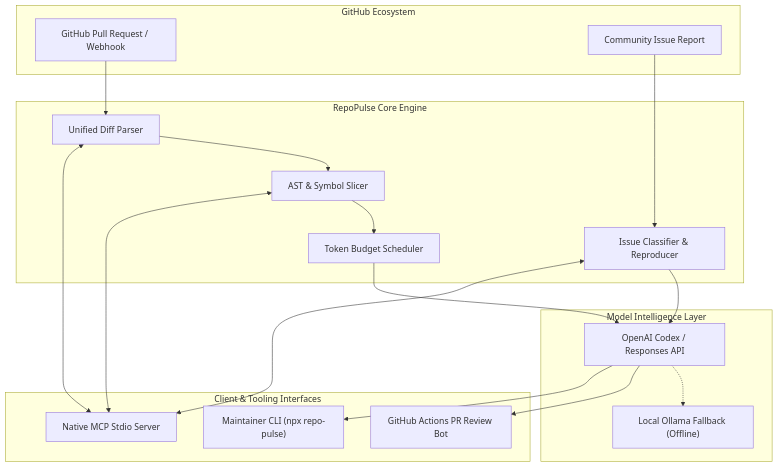
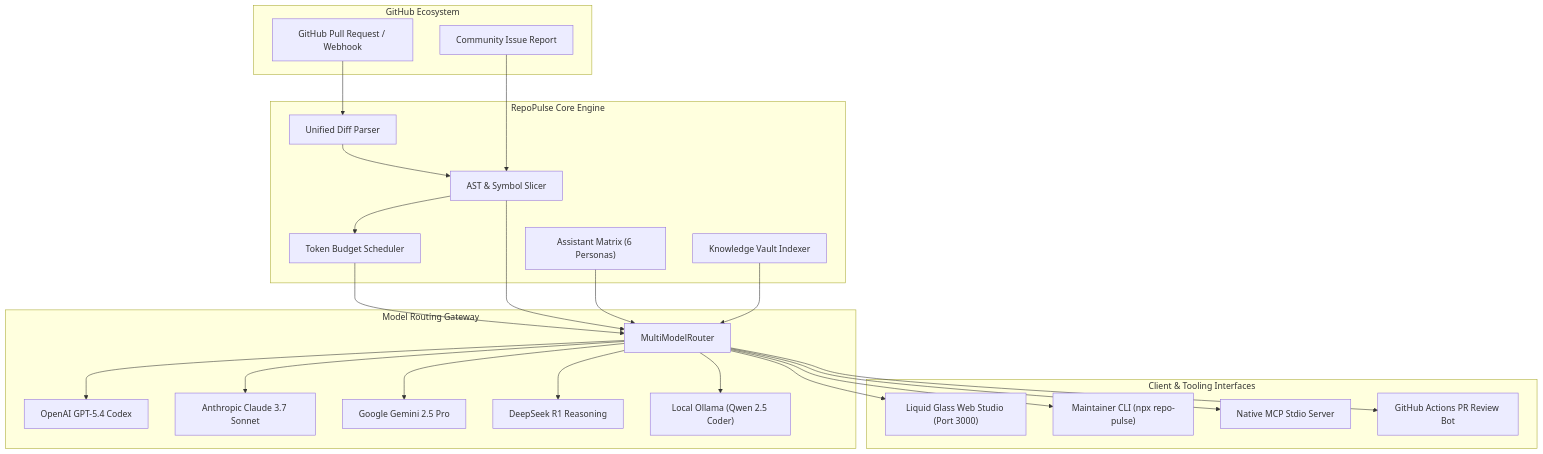
One commit to miriyaladhanwinn/repo-pulse-ai changed the second of 2 diagrams in README.md. Above: the diagram before and after it, drawn with Mermaid. The commit also changed other lines of this file and 11 other files, not shown here.

Commit message:
feat(studio): upgrade to Titan 2.0 with multi-model router, assistant matrix, and knowledge vault

````diff
--- a/README.md
+++ b/README.md
@@ -50,32 +87,38 @@
 ```mermaid
 flowchart TD
     subgraph GitHub Ecosystem
         PR["GitHub Pull Request / Webhook"]
         ISSUE["Community Issue Report"]
     end
 
     subgraph RepoPulse Core Engine
         DIFF["Unified Diff Parser"]
         AST["AST & Symbol Slicer"]
         BUDGET["Token Budget Scheduler"]
-        TRIAGE["Issue Classifier & Reproducer"]
+        MATRIX["Assistant Matrix (6 Personas)"]
+        VAULT["Knowledge Vault Indexer"]
     end
 
-    subgraph Model Intelligence Layer
-        CODEX["OpenAI Codex / Responses API"]
-        OLLAMA["Local Ollama Fallback (Offline)"]
+    subgraph Model Routing Gateway
+        ROUTER["MultiModelRouter"]
+        CODEX["OpenAI GPT-5.4 Codex"]
+        CLAUDE["Anthropic Claude 3.7 Sonnet"]
+        GEMINI["Google Gemini 2.5 Pro"]
+        DEEPSEEK["DeepSeek R1 Reasoning"]
+        OLLAMA["Local Ollama (Qwen 2.5 Coder)"]
     end
 
     subgraph Client & Tooling Interfaces
+        STUDIO["Liquid Glass Web Studio (Port 3000)"]
         CLI["Maintainer CLI (npx repo-pulse)"]
         MCP["Native MCP Stdio Server"]
         ACTION["GitHub Actions PR Review Bot"]
     end
 
-    PR --> DIFF --> AST --> BUDGET --> CODEX
-    ISSUE --> TRIAGE --> CODEX
-    CODEX -.-> OLLAMA
-    CODEX --> ACTION
-    CODEX --> CLI
-    AST & DIFF & TRIAGE <--> MCP
+    PR --> DIFF --> AST --> BUDGET --> ROUTER
+    ISSUE --> AST --> ROUTER
+    MATRIX --> ROUTER
+    VAULT --> ROUTER
+    ROUTER --> CODEX & CLAUDE & GEMINI & DEEPSEEK & OLLAMA
+    ROUTER --> STUDIO & CLI & MCP & ACTION
 ```
````
